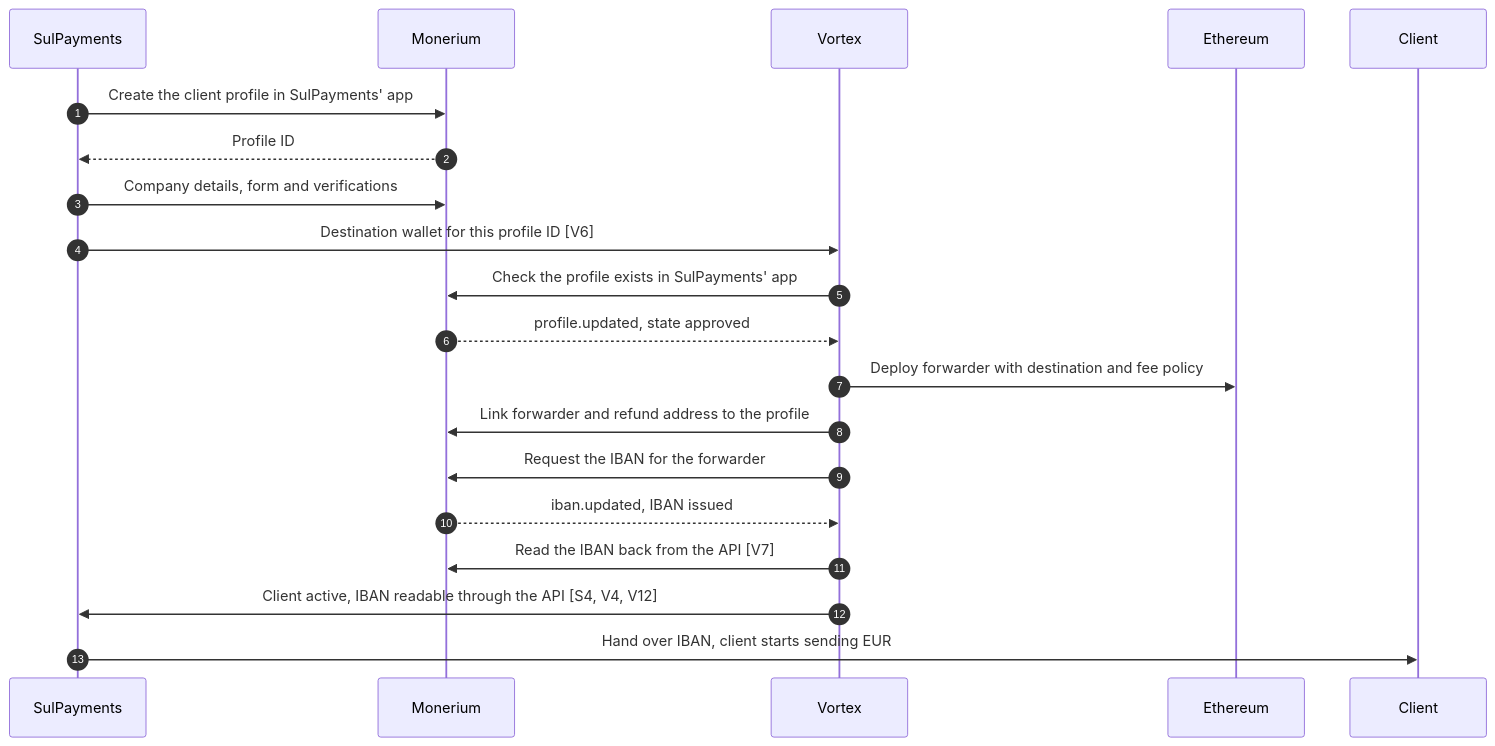
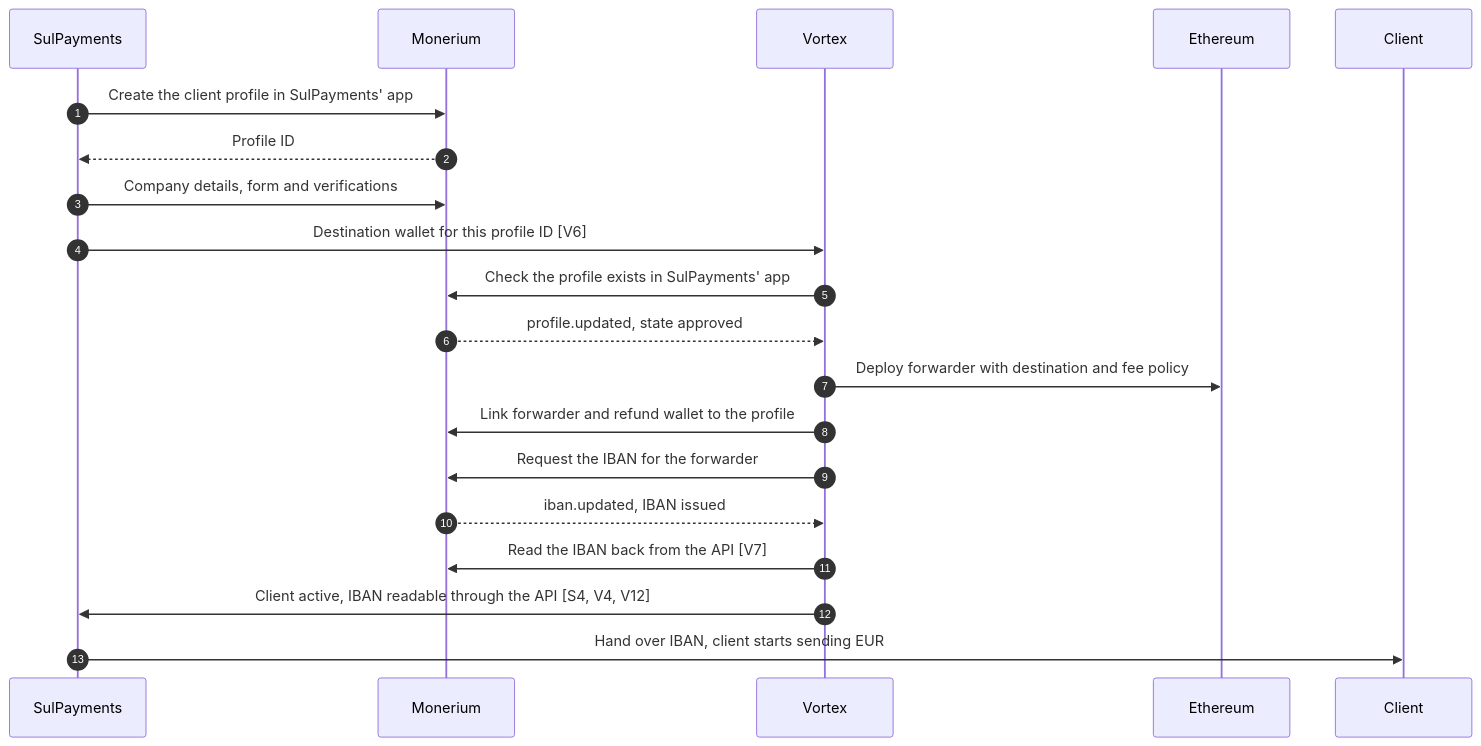
Before and after one commit to pendulum-chain/vortex: the second of 6 diagrams in docs/product-monerium-b2b-flow.md, drawn with Mermaid. The commit also changed other lines of this file and 5 other files, not shown here.

````diff
--- a/docs/product-monerium-b2b-flow.md
+++ b/docs/product-monerium-b2b-flow.md
@@ -121,23 +121,23 @@
 ```mermaid
 sequenceDiagram
     autonumber
     participant SP as SulPayments
     participant M as Monerium
     participant V as Vortex
     participant C as Ethereum
     participant CL as Client
 
     SP->>M: Create the client profile in SulPayments' app
     M-->>SP: Profile ID
     SP->>M: Company details, form and verifications
     SP->>V: Destination wallet for this profile ID [V6]
     V->>M: Check the profile exists in SulPayments' app
     M-->>V: profile.updated, state approved
     V->>C: Deploy forwarder with destination and fee policy
-    V->>M: Link forwarder and refund address to the profile
+    V->>M: Link forwarder and refund wallet to the profile
     V->>M: Request the IBAN for the forwarder
     M-->>V: iban.updated, IBAN issued
     V->>M: Read the IBAN back from the API [V7]
     V->>SP: Client active, IBAN readable through the API [S4, V4, V12]
     SP->>CL: Hand over IBAN, client starts sending EUR
 ```
````
